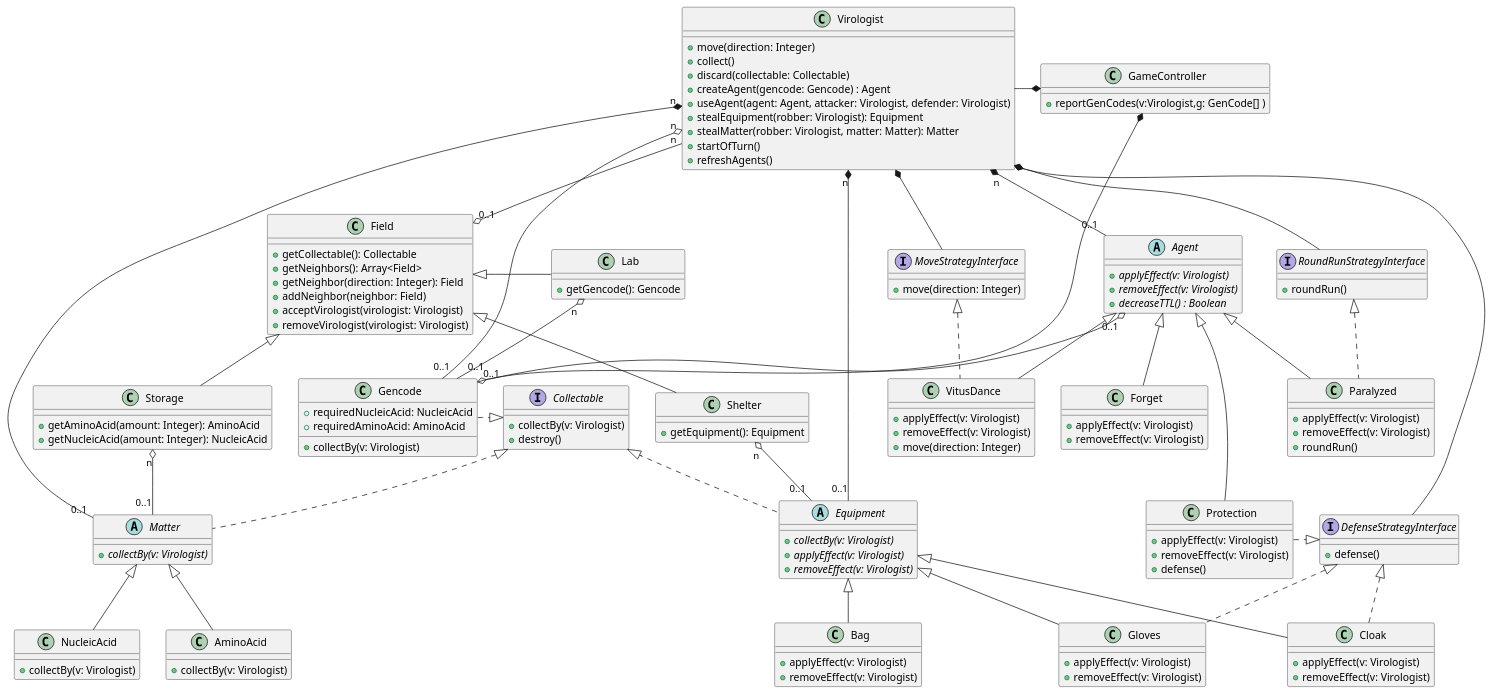
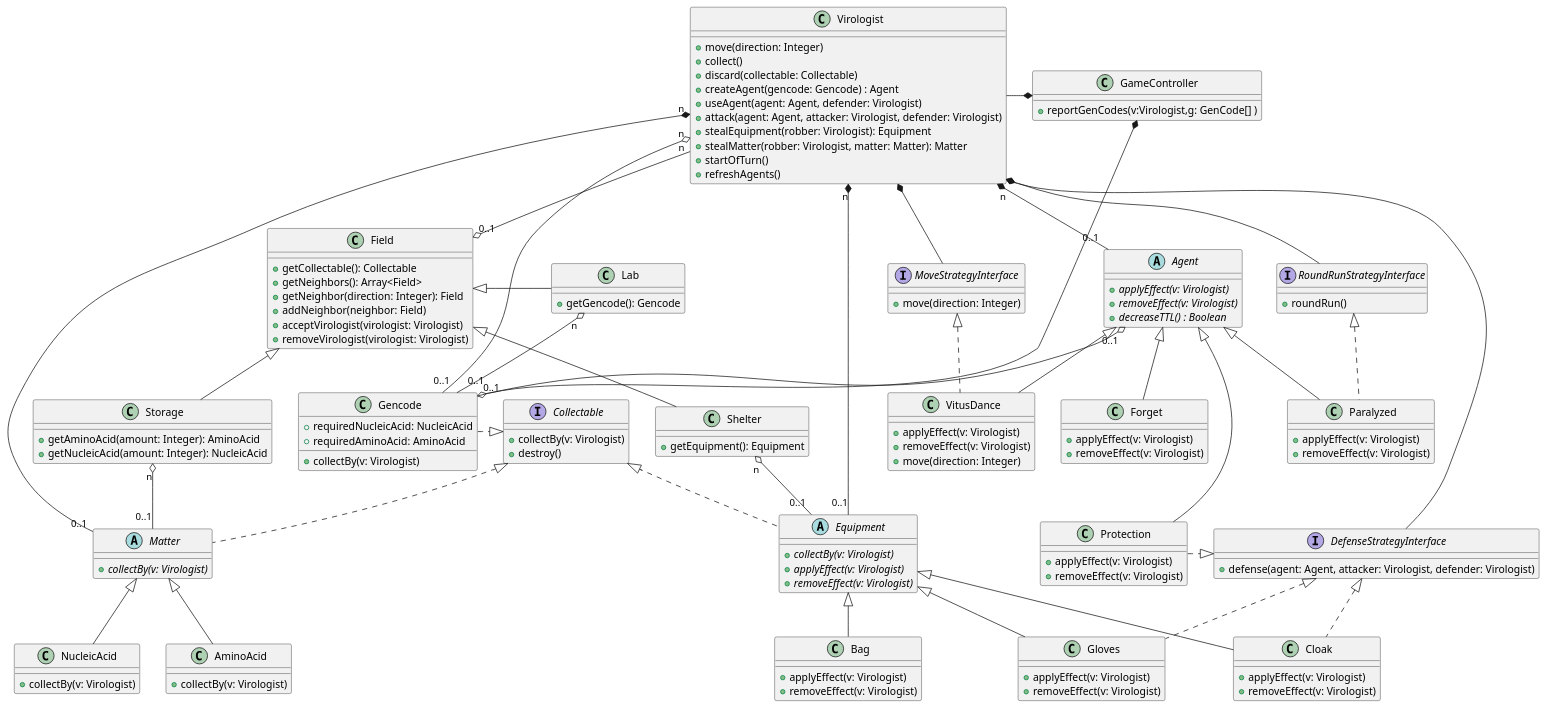
The diagram in class-diagram/main-diagram.puml (Projlab-csb/projlab-virologus), drawn with PlantUML before and after one commit. The commit also changed 6 other files, not shown here.

Commit message:
Add default defense strategy, and refactor useAgent

```diff
--- a/class-diagram/main-diagram.puml
+++ b/class-diagram/main-diagram.puml
@@ -1,179 +1,178 @@
 @startuml
 
 
 interface RoundRunStrategyInterface{
     +roundRun()
 }
 
 interface MoveStrategyInterface{
     +move(direction: Integer)
 }
 
 interface DefenseStrategyInterface{
-    +defense()
+    +defense(agent: Agent, attacker: Virologist, defender: Virologist)
 }
 
 interface Collectable{
     +collectBy(v: Virologist)
     +destroy()
 }
 
 class GameController {
     'Handle the turns, this knows the order of virologists, and calls the appropriate round() functions
     '+endOfTurn(virologist: Virologist)
     'Checks if the virologist won the game
     +reportGenCodes(v:Virologist,g: GenCode[] )
     '+gameOver()
 }
 
 class Field{
     +getCollectable(): Collectable
     +getNeighbors(): Array<Field>
     +getNeighbor(direction: Integer): Field
     +addNeighbor(neighbor: Field)
     +acceptVirologist(virologist: Virologist)
     +removeVirologist(virologist: Virologist)
 }
 
 class Lab{
     +getGencode(): Gencode
 }
 
 class Storage{
     +getAminoAcid(amount: Integer): AminoAcid
     +getNucleicAcid(amount: Integer): NucleicAcid
 }
 
 class Shelter{
     '+getEquipmentCount(): Integer
     +getEquipment(): Equipment
 }
 
 class Virologist {
     +move(direction: Integer)
     'In the collect function we can use the this.getField()
     +collect()
     +discard(collectable: Collectable)
     +createAgent(gencode: Gencode) : Agent
-    +useAgent(agent: Agent, attacker: Virologist, defender: Virologist)
+    +useAgent(agent: Agent, defender: Virologist)
+    +attack(agent: Agent, attacker: Virologist, defender: Virologist)
     +stealEquipment(robber: Virologist): Equipment
     +stealMatter(robber: Virologist, matter: Matter): Matter
     +startOfTurn()
     'Iterates over all the Agents in the virologist and calls their decreaseTTL() function
     +refreshAgents()
 }
 
 abstract class Matter {
     {abstract} +collectBy(v: Virologist)
 }
 
 class AminoAcid{
     +collectBy(v: Virologist)
 }
 class NucleicAcid{
     +collectBy(v: Virologist)
 }
 
 abstract class Equipment {
     {abstract} +collectBy(v: Virologist)
     {abstract} +applyEffect(v: Virologist)
     {abstract} +removeEffect(v: Virologist)
 }
 
 class Cloak{
     +applyEffect(v: Virologist)
     +removeEffect(v: Virologist)
 }
 
 class Gloves{
     +applyEffect(v: Virologist)
     +removeEffect(v: Virologist)
 }
 
 class Bag{
     +applyEffect(v: Virologist)
     +removeEffect(v: Virologist)
 }
 
 abstract class Agent{
     {abstract} +applyEffect(v: Virologist)
     {abstract} +removeEffect(v: Virologist)
     'Each agent has a time to live value, and when it reaches 0, it is destroyed
     'The return value means if the agent is still alive
     {abstract} +decreaseTTL() : Boolean
 }
 
 class VitusDance{
     +applyEffect(v: Virologist)
     +removeEffect(v: Virologist)
     +move(direction: Integer)
 }
 
 class Protection{
     +applyEffect(v: Virologist)
     +removeEffect(v: Virologist)
-    +defense()
 }
 
 class Paralyzed{
     +applyEffect(v: Virologist)
     +removeEffect(v: Virologist)
-    +roundRun()
 }
 
 class Forget{
     +applyEffect(v: Virologist)
     +removeEffect(v: Virologist)
 }
 
 'This Gencode is basically the crafting receipt of the Agent
 class Gencode {
     +requiredNucleicAcid: NucleicAcid
     + requiredAminoAcid: AminoAcid
     +collectBy(v: Virologist)
 }
 
 GameController *-l Virologist
 GameController *-- Gencode
 
 Field <|- Lab
 Field <|-- Storage
 Field <|-- Shelter
 
 Lab "n" o- "0..1" Gencode
 Shelter "n" o-- "0..1" Equipment
 Storage "n" o-- "0..1" Matter
 
 Virologist *-- RoundRunStrategyInterface
 Virologist *-- MoveStrategyInterface
 Virologist *-- DefenseStrategyInterface
 Virologist "n" --o "0..1" Field
 Virologist "n" *-- "0..1" Agent
 Virologist "n" *-d- "0..1" Matter
 Virologist "n" *-d- "0..1" Equipment
 Virologist "n" o-d- "0..1" Gencode
 
 Matter <|-- AminoAcid
 Matter <|-- NucleicAcid
 
 Equipment <|-- Cloak
 Equipment <|-- Gloves
 Equipment <|-- Bag
 
 Agent <|-- VitusDance
 Agent <|- Protection
 Agent <|-- Paralyzed
 Agent <|-- Forget
 Agent "0..1" o--o "0..1" Gencode
 
 RoundRunStrategyInterface <|.. Paralyzed
 MoveStrategyInterface <|.. VitusDance
 DefenseStrategyInterface <|.u Protection
 DefenseStrategyInterface <|.. Cloak
 DefenseStrategyInterface <|.. Gloves
 
 Collectable <|.l Gencode
 Collectable <|.. Equipment
 Collectable <|. Matter
 
 @enduml
```
